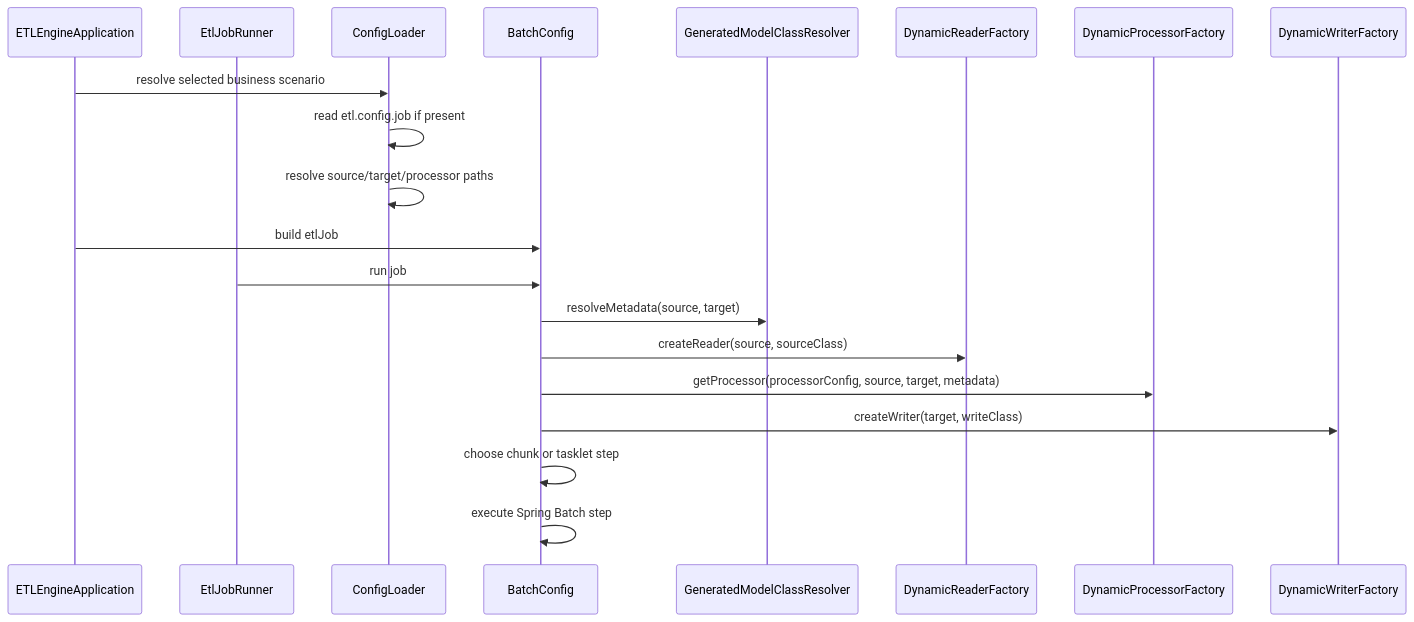
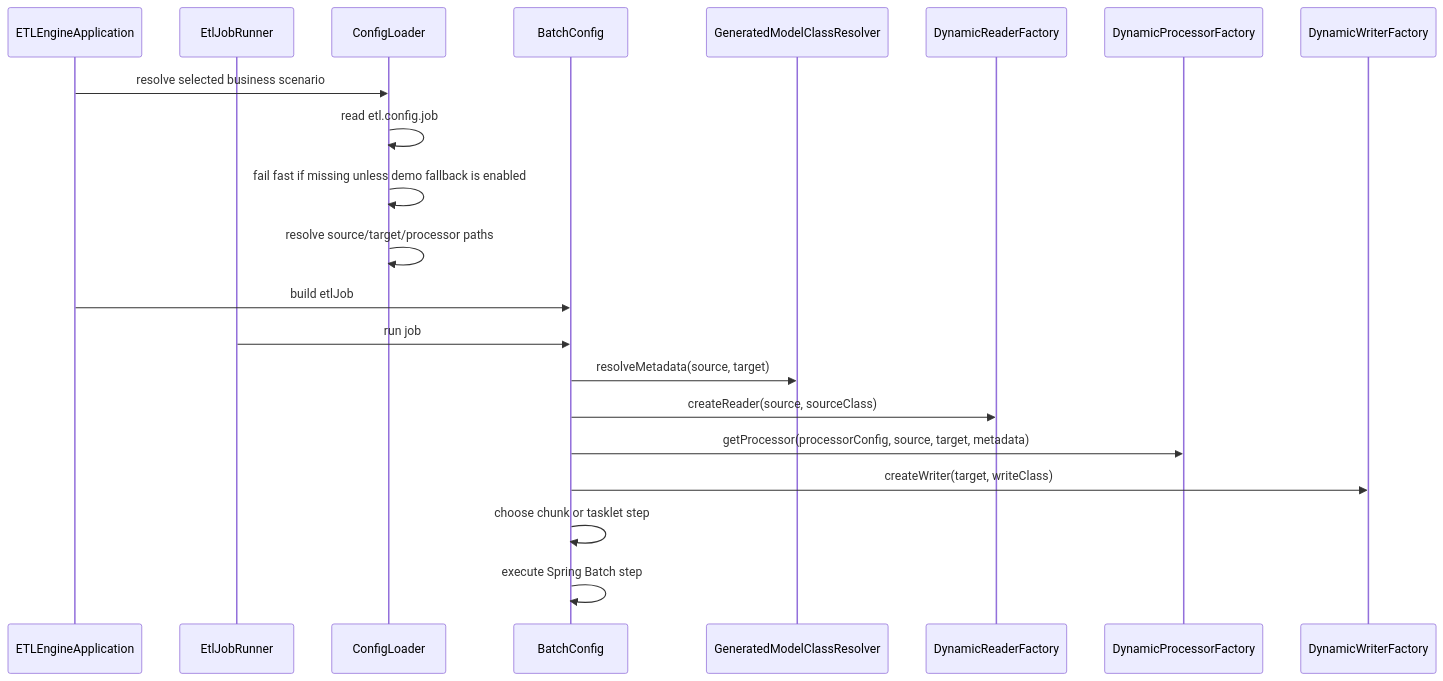
One commit to kbalanandam/spring-etl-engine changed the second of 2 diagrams in docs/architecture/runtime-flow.md. Above: the diagram before and after it, drawn with Mermaid. The commit also changed other lines of this file and 30 other files, not shown here.

````diff
--- a/docs/architecture/runtime-flow.md
+++ b/docs/architecture/runtime-flow.md
@@ -42,23 +42,24 @@
 ```mermaid
 sequenceDiagram
     participant App as ETLEngineApplication
     participant Runner as EtlJobRunner
     participant Loader as ConfigLoader
     participant Batch as BatchConfig
     participant Resolver as GeneratedModelClassResolver
     participant ReaderF as DynamicReaderFactory
     participant ProcF as DynamicProcessorFactory
     participant WriterF as DynamicWriterFactory
 
     App->>Loader: resolve selected business scenario
-    Loader->>Loader: read etl.config.job if present
+    Loader->>Loader: read etl.config.job
+    Loader->>Loader: fail fast if missing unless demo fallback is enabled
     Loader->>Loader: resolve source/target/processor paths
     App->>Batch: build etlJob
     Runner->>Batch: run job
     Batch->>Resolver: resolveMetadata(source, target)
     Batch->>ReaderF: createReader(source, sourceClass)
     Batch->>ProcF: getProcessor(processorConfig, source, target, metadata)
     Batch->>WriterF: createWriter(target, writeClass)
     Batch->>Batch: choose chunk or tasklet step
     Batch->>Batch: execute Spring Batch step
 ```
````
